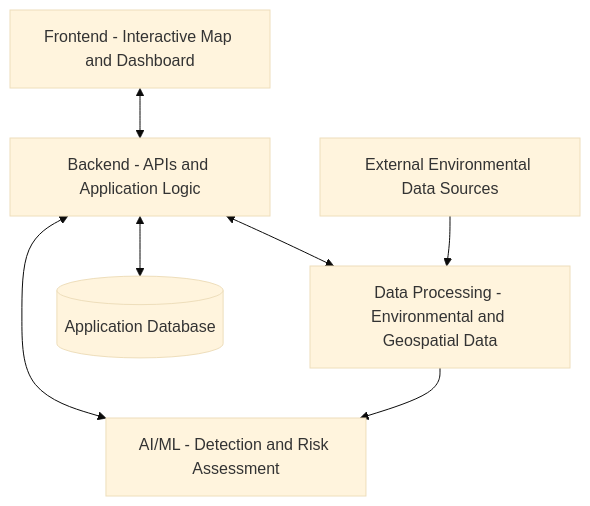
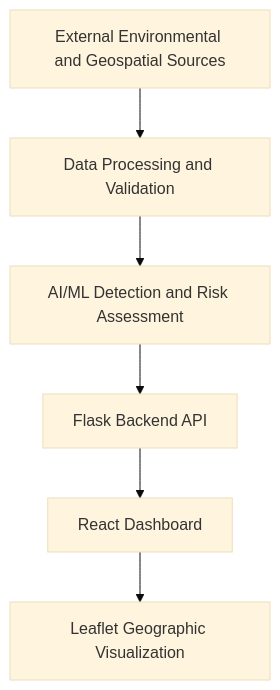
One commit to RianaMalhotra/ECE444-PROJECT changed the second of 2 diagrams in README.md. Above: the diagram before and after it, drawn with Mermaid (base theme). The commit also changed other lines of this file, not shown here.

Commit message:
docs: update README with application setup and implementation progress

````diff
--- a/README.md
+++ b/README.md
@@ -40,16 +212,15 @@
 ```mermaid
 flowchart TD
-    A[Frontend - Interactive Map and Dashboard]
-    B[Backend - APIs and Application Logic]
-    C[Data Processing - Environmental and Geospatial Data]
-    D[AI/ML - Detection and Risk Assessment]
-    E[(Application Database)]
-    F[External Environmental Data Sources]
+    A[External Environmental and Geospatial Sources]
+    B[Data Processing and Validation]
+    C[AI/ML Detection and Risk Assessment]
+    D[Flask Backend API]
+    E[React Dashboard]
+    F[Leaflet Geographic Visualization]
 
-    A <--> B
-    B <--> C
-    B <--> D
-    B <--> E
-    F --> C
+    A --> B
+    B --> C
     C --> D
+    D --> E
+    E --> F
 ```
````
